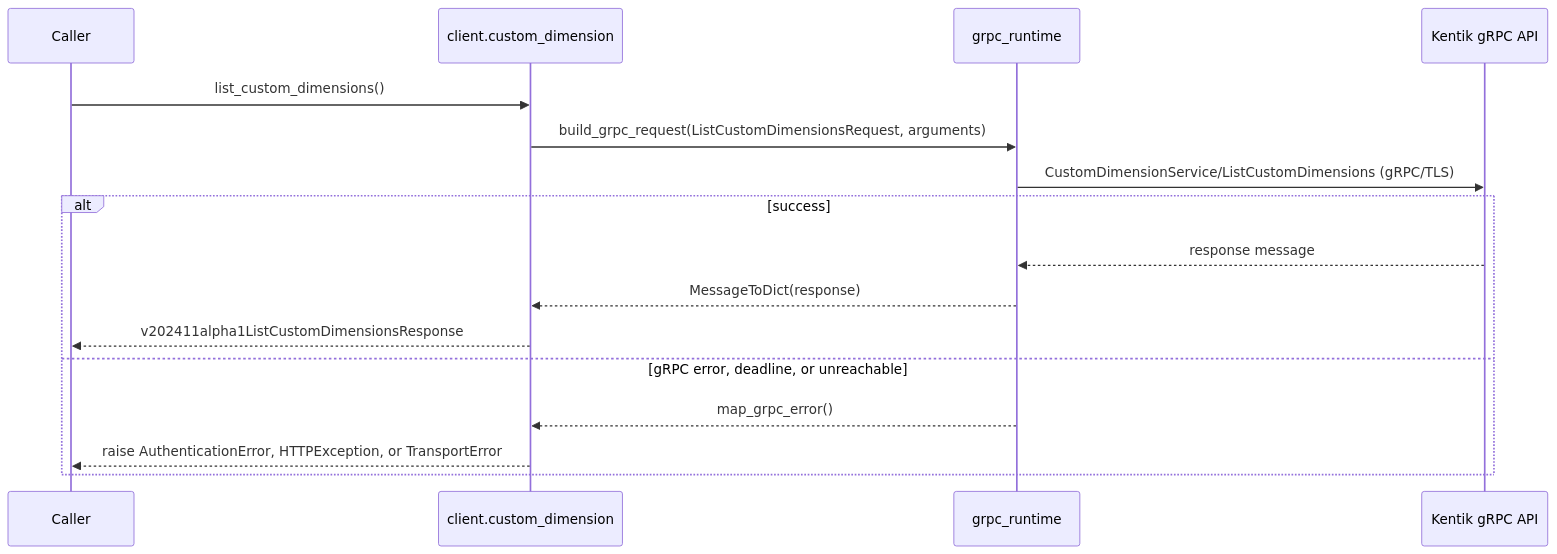
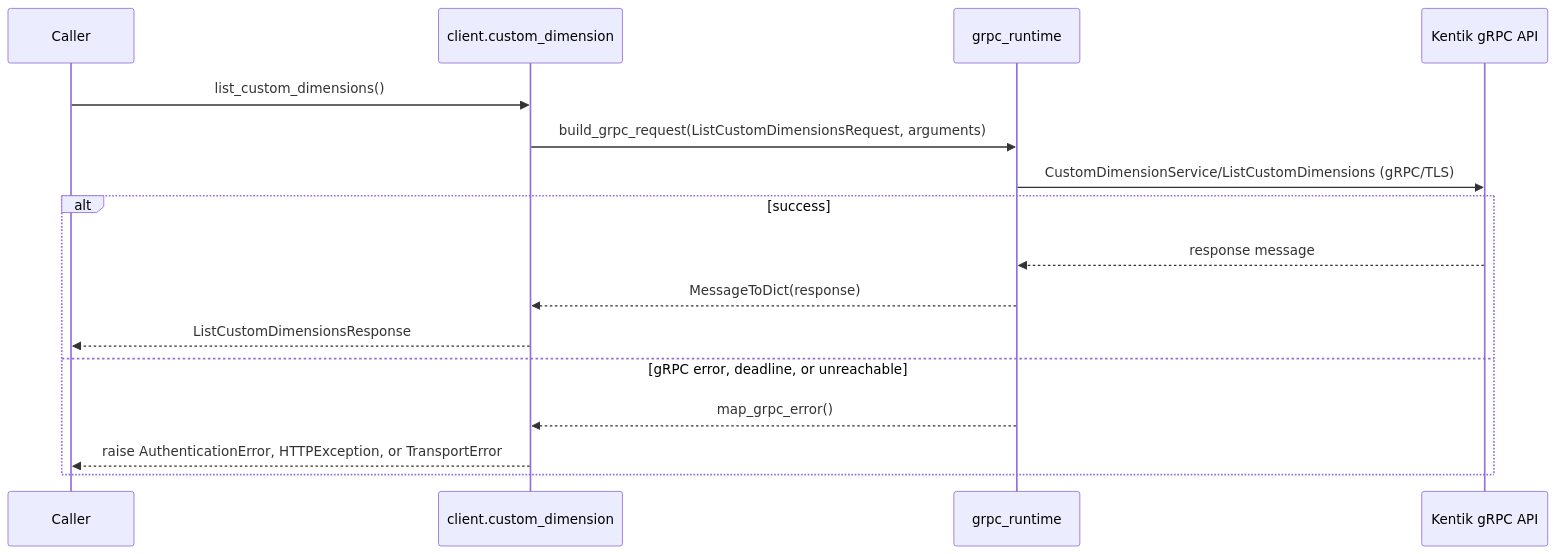
One commit to alexdearaujo/community_sdk_python changed the third of 22 diagrams in docs/sphinx/services/custom_dimension.md. Above: the diagram before and after it, drawn with Mermaid. The commit also changed other lines of this file and 38 other files, not shown here.

````diff
--- a/docs/sphinx/services/custom_dimension.md
+++ b/docs/sphinx/services/custom_dimension.md
@@ -59,19 +59,19 @@
 ```mermaid
 sequenceDiagram
     participant C as Caller
     participant W as client.custom_dimension
     participant R as grpc_runtime
     participant API as Kentik gRPC API
 
     C->>W: list_custom_dimensions()
     W->>R: build_grpc_request(ListCustomDimensionsRequest, arguments)
     R->>API: CustomDimensionService/ListCustomDimensions (gRPC/TLS)
     alt success
         API-->>R: response message
         R-->>W: MessageToDict(response)
-        W-->>C: v202411alpha1ListCustomDimensionsResponse
+        W-->>C: ListCustomDimensionsResponse
     else gRPC error, deadline, or unreachable
         R-->>W: map_grpc_error()
         W-->>C: raise AuthenticationError, HTTPException, or TransportError
     end
 ```
````
